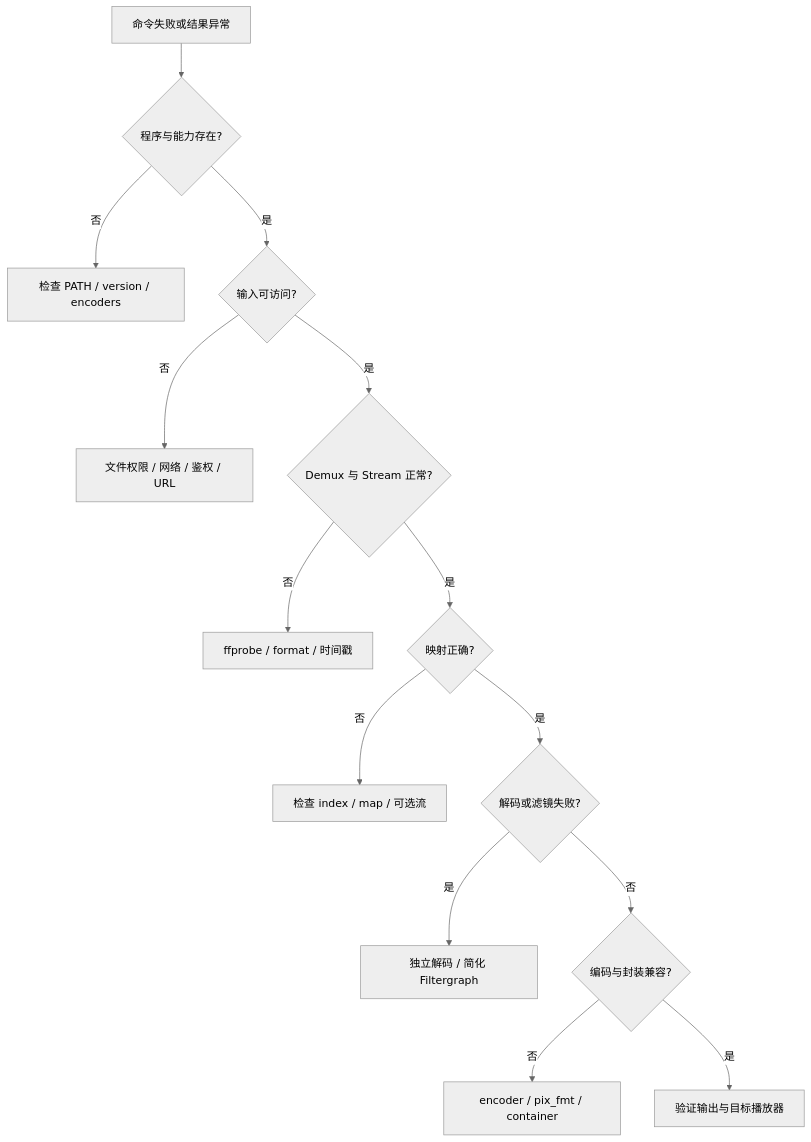
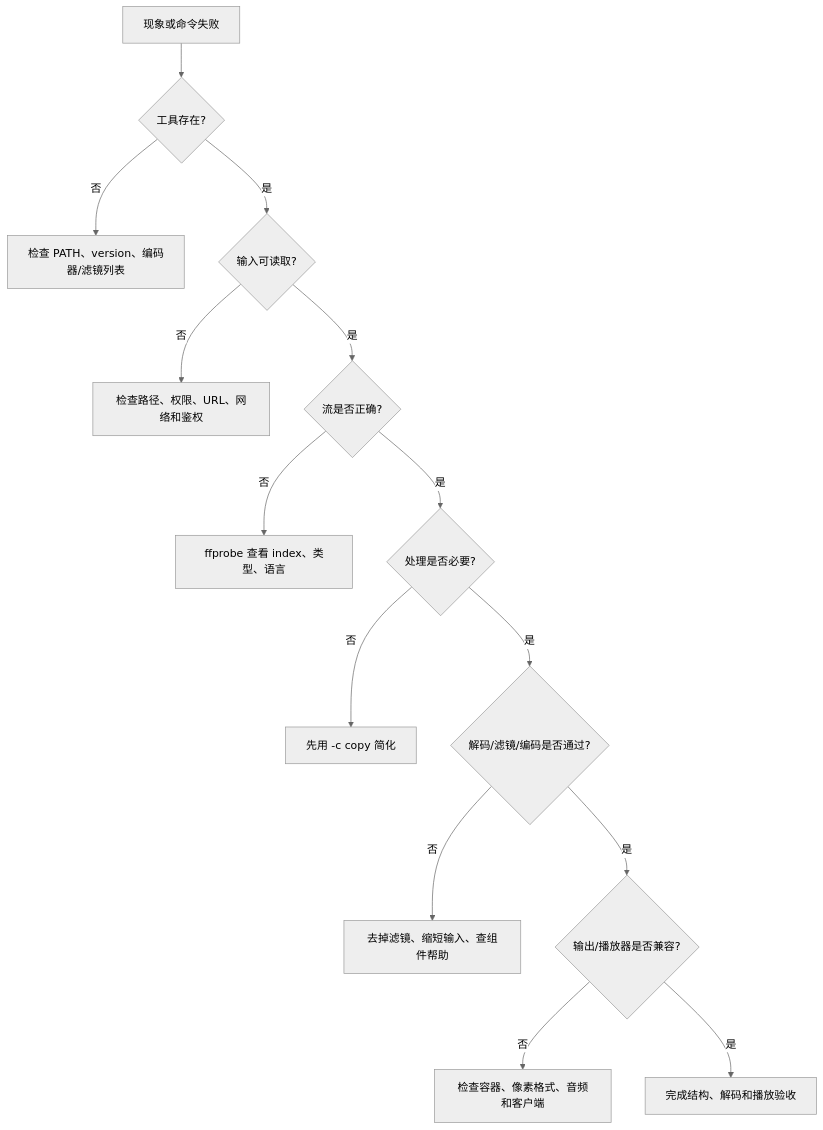
Before and after one commit to flycodeu/FlyCodeCenter: the diagram in src/content/tutorial/ffmpeg/06-常用案例与故障定位.md, drawn with Mermaid (neutral theme). The commit also changed other lines of this file and 7 other files, not shown here.

````diff
--- a/src/content/tutorial/ffmpeg/06-常用案例与故障定位.md
+++ b/src/content/tutorial/ffmpeg/06-常用案例与故障定位.md
@@ -249,16 +64,16 @@
 ```mermaid
 flowchart TD
-  A[命令失败或结果异常] --> B{程序与能力存在?}
-  B -->|否| B1[检查 PATH / version / encoders]
-  B -->|是| C{输入可访问?}
-  C -->|否| C1[文件权限 / 网络 / 鉴权 / URL]
-  C -->|是| D{Demux 与 Stream 正常?}
-  D -->|否| D1[ffprobe / format / 时间戳]
-  D -->|是| E{映射正确?}
-  E -->|否| E1[检查 index / map / 可选流]
-  E -->|是| F{解码或滤镜失败?}
-  F -->|是| F1[独立解码 / 简化 Filtergraph]
-  F -->|否| G{编码与封装兼容?}
-  G -->|否| G1[encoder / pix_fmt / container]
-  G -->|是| H[验证输出与目标播放器]
+  A[现象或命令失败] --> B{工具存在?}
+  B -->|否| B1[检查 PATH、version、编码器/滤镜列表]
+  B -->|是| C{输入可读取?}
+  C -->|否| C1[检查路径、权限、URL、网络和鉴权]
+  C -->|是| D{流是否正确?}
+  D -->|否| D1[ffprobe 查看 index、类型、语言]
+  D -->|是| E{处理是否必要?}
+  E -->|否| E1[先用 -c copy 简化]
+  E -->|是| F{解码/滤镜/编码是否通过?}
+  F -->|否| F1[去掉滤镜、缩短输入、查组件帮助]
+  F -->|是| G{输出/播放器是否兼容?}
+  G -->|否| G1[检查容器、像素格式、音频和客户端]
+  G -->|是| H[完成结构、解码和播放验收]
 ```
````
